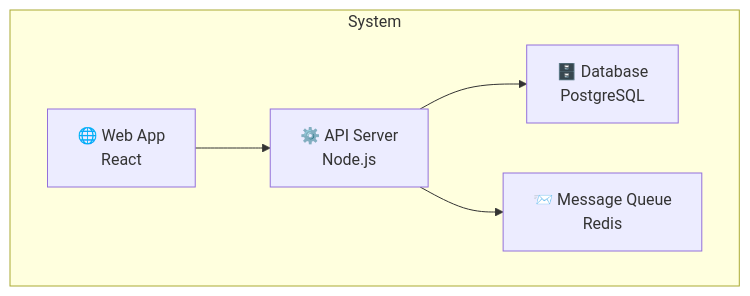
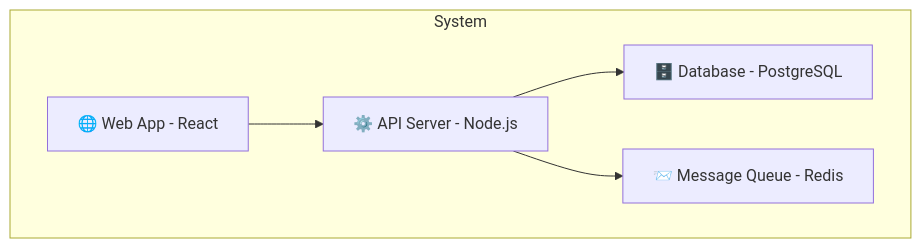
One commit to knotmark-ai/devmuse changed the second of 6 diagrams in adapters/codex/skills/mu-wiki/references/devmuse/knowledge/principles/architecture-assessment.md. Above: the diagram before and after it, drawn with Mermaid. The commit also changed other lines of this file and 43 other files, not shown here.

````diff
--- a/adapters/codex/skills/mu-wiki/references/devmuse/knowledge/principles/architecture-assessment.md
+++ b/adapters/codex/skills/mu-wiki/references/devmuse/knowledge/principles/architecture-assessment.md
@@ -38,12 +38,12 @@
 ```mermaid
 graph TB
     subgraph System
-        WebApp["🌐 Web App<br/>React"]
-        API["⚙️ API Server<br/>Node.js"]
-        DB["🗄️ Database<br/>PostgreSQL"]
-        Queue["📨 Message Queue<br/>Redis"]
+        WebApp["🌐 Web App - React"]
+        API["⚙️ API Server - Node.js"]
+        DB["🗄️ Database - PostgreSQL"]
+        Queue["📨 Message Queue - Redis"]
     end
     WebApp --> API
     API --> DB
     API --> Queue
 ```
````
